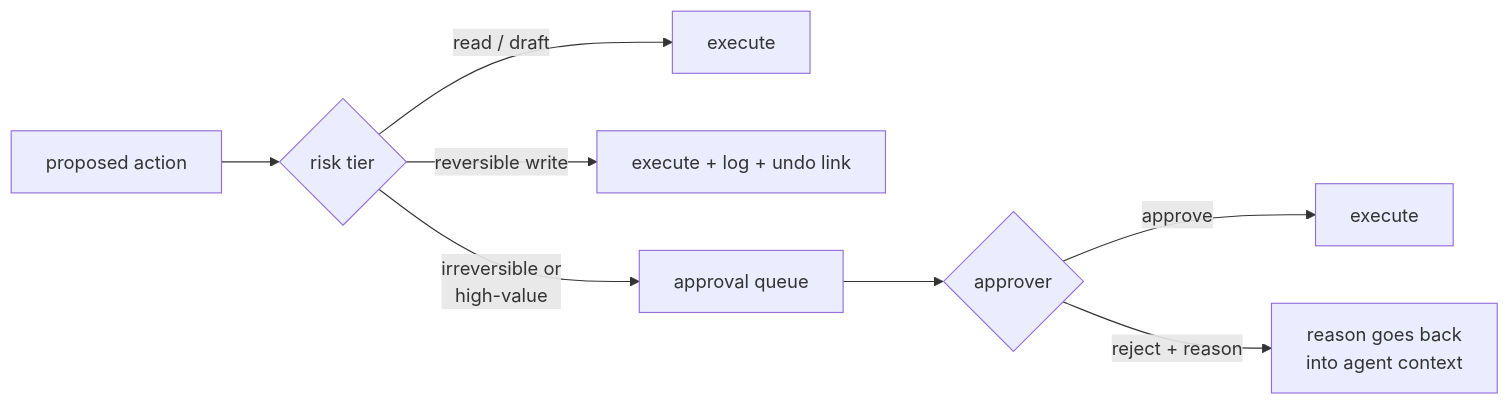
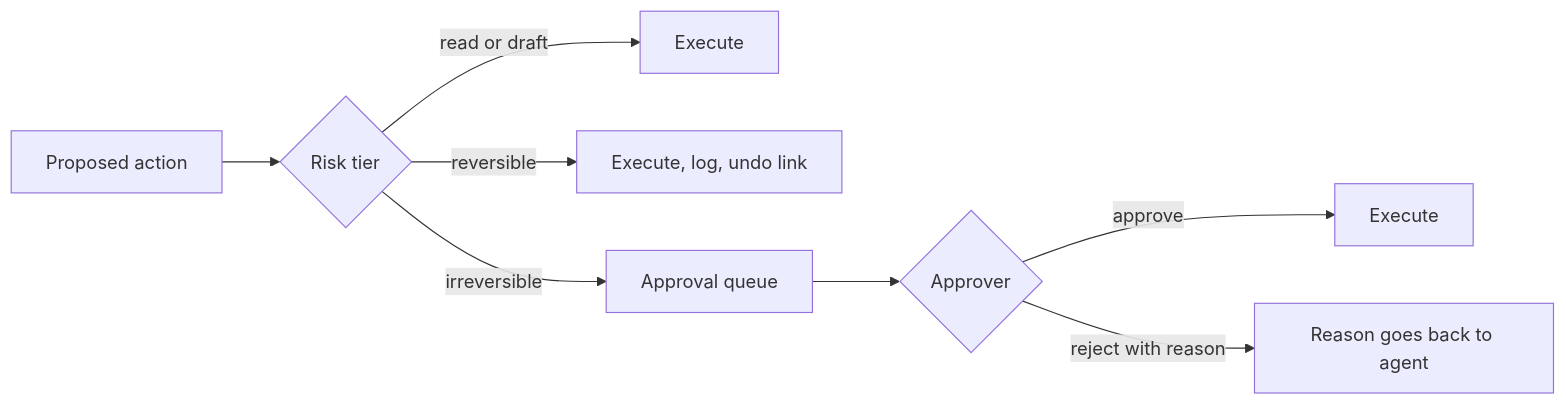
The second of 11 diagrams in data/blog/ai-engineers-swiss-knife.mdx (ashimsharma10/ashimsharma10.github.io), drawn with Mermaid before and after one commit. The commit also changed other lines of this file and 3 other files, not shown here.

Commit message:
Simplify Swiss Knife write-up: plain prose, no dashes, readable flowcharts, less code

````diff
--- a/data/blog/ai-engineers-swiss-knife.mdx
+++ b/data/blog/ai-engineers-swiss-knife.mdx
@@ -181,10 +152,10 @@
 ```mermaid
 flowchart LR
-    A[proposed action] --> T{risk tier}
-    T -->|read / draft| GO[execute]
-    T -->|reversible write| GO2[execute + log + undo link]
-    T -->|irreversible or\nhigh-value| Q[approval queue]
-    Q --> D{approver}
-    D -->|approve| GO3[execute]
-    D -->|reject + reason| M[reason goes back\ninto agent context]
+    A[Proposed action] --> T{Risk tier}
+    T -->|read or draft| GO[Execute]
+    T -->|reversible| GO2[Execute, log, undo link]
+    T -->|irreversible| Q[Approval queue]
+    Q --> D{Approver}
+    D -->|approve| GO3[Execute]
+    D -->|reject with reason| M[Reason goes back to agent]
 ```
````
